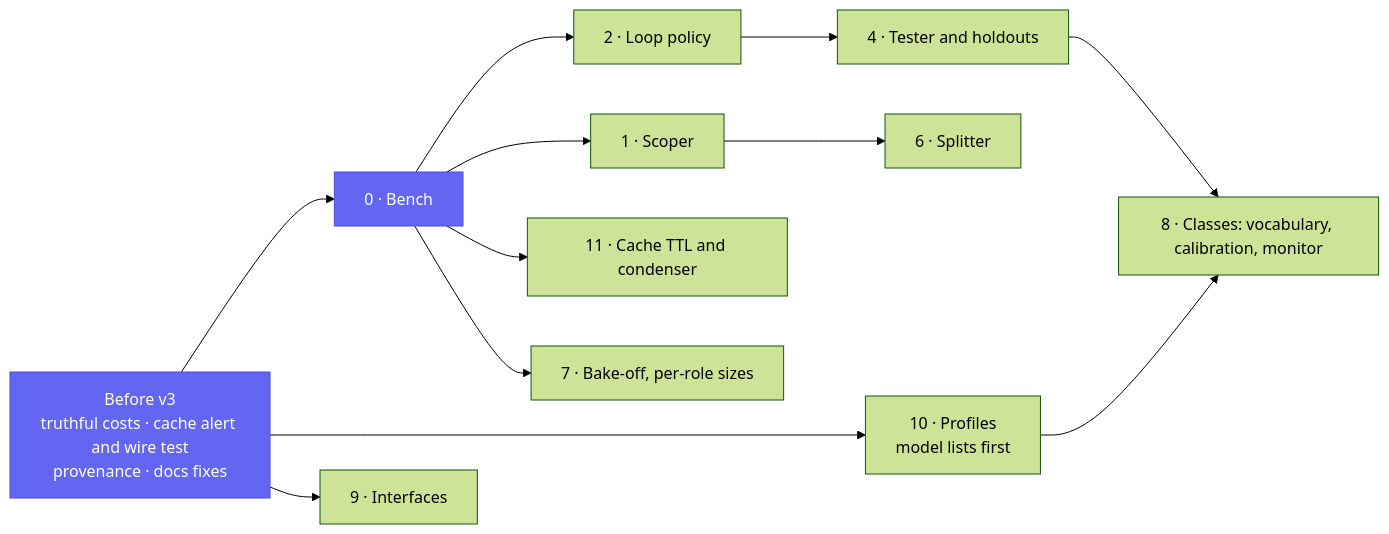
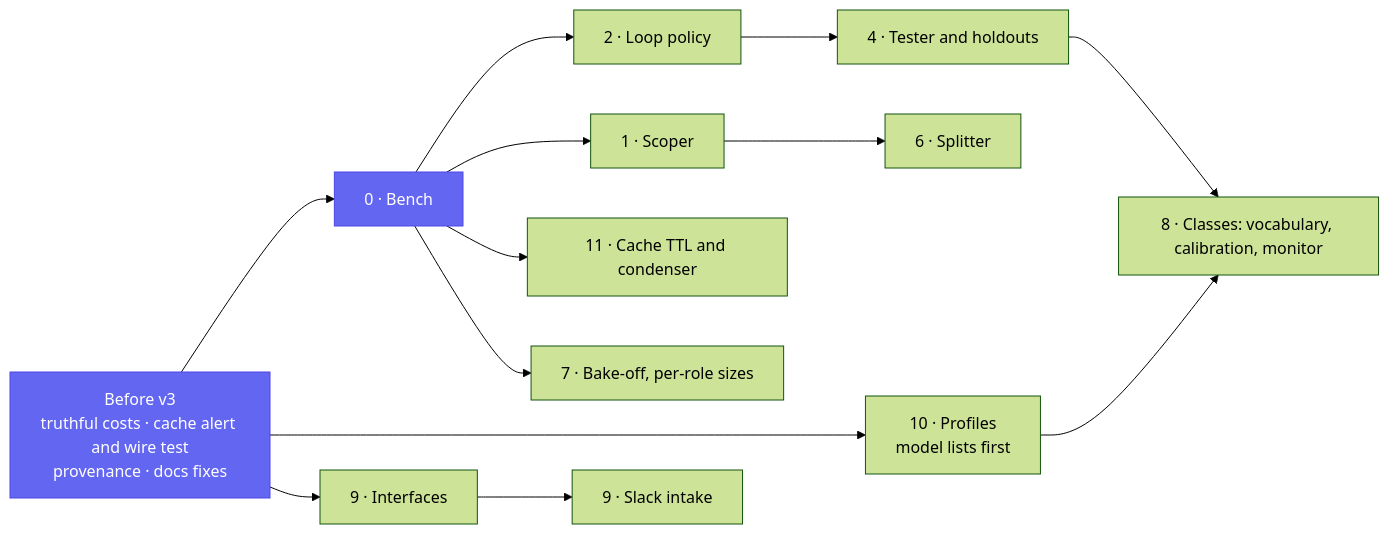
The diagram in docs/superpowers/specs/2026-10-21-v3-review.md (Smana/ai-native-ref), drawn with Mermaid (forest theme) before and after one commit. The commit also changed other lines of this file and 6 other files, not shown here.

First line of the commit message:
docs(v3): record the owner's decisions and carry them to the roadmap

````diff
--- a/docs/superpowers/specs/2026-10-21-v3-review.md
+++ b/docs/superpowers/specs/2026-10-21-v3-review.md
@@ -121,16 +121,17 @@
 ```mermaid
 flowchart LR
   pre["Before v3<br/>truthful costs · cache alert and wire test<br/>provenance · docs fixes"] --> bench["0 · Bench"]
   pre --> prof["10 · Profiles<br/>model lists first"]
   pre --> iface["9 · Interfaces"]
+  iface --> slack["9 · Slack intake"]
   bench --> loop["2 · Loop policy"]
   bench --> scope["1 · Scoper"]
   bench --> cache["11 · Cache TTL and condenser"]
   loop --> tester["4 · Tester and holdouts"]
   scope --> split["6 · Splitter"]
   bench --> bake["7 · Bake-off, per-role sizes"]
   tester --> classes["8 · Classes: vocabulary, calibration, monitor"]
   prof --> classes
   classDef base fill:#6366f1,stroke:#4f46e5,color:#fff
   class pre,bench base
 ```
````
